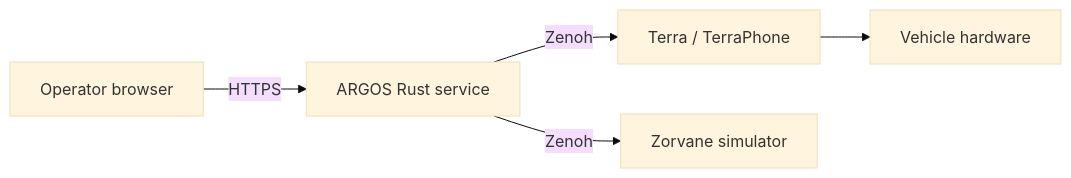
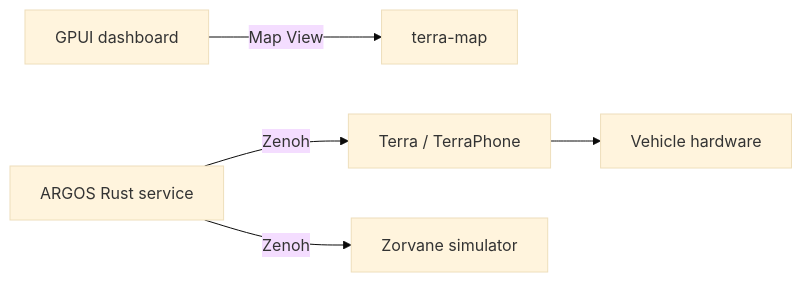
Before and after one commit to Super-Yojan/ARGOS: the diagram in docs/index.md, drawn with Mermaid (base theme). The commit also changed other lines of this file and 177 other files, not shown here.

First line of the commit message:
Move the operator dashboard onto a GPUI Map View.

````diff
--- a/docs/index.md
+++ b/docs/index.md
@@ -5,7 +5,7 @@
 ```mermaid
 flowchart LR
-  operator[Operator browser] -->|HTTPS| service[ARGOS Rust service]
-  service -->|Zenoh| terra[Terra / TerraPhone]
+  operator[GPUI dashboard] -->|Map View| tiles[terra-map]
+  service[ARGOS Rust service] -->|Zenoh| terra[Terra / TerraPhone]
   service -->|Zenoh| sim[Zorvane simulator]
   terra --> motors[Vehicle hardware]
 ```
````
